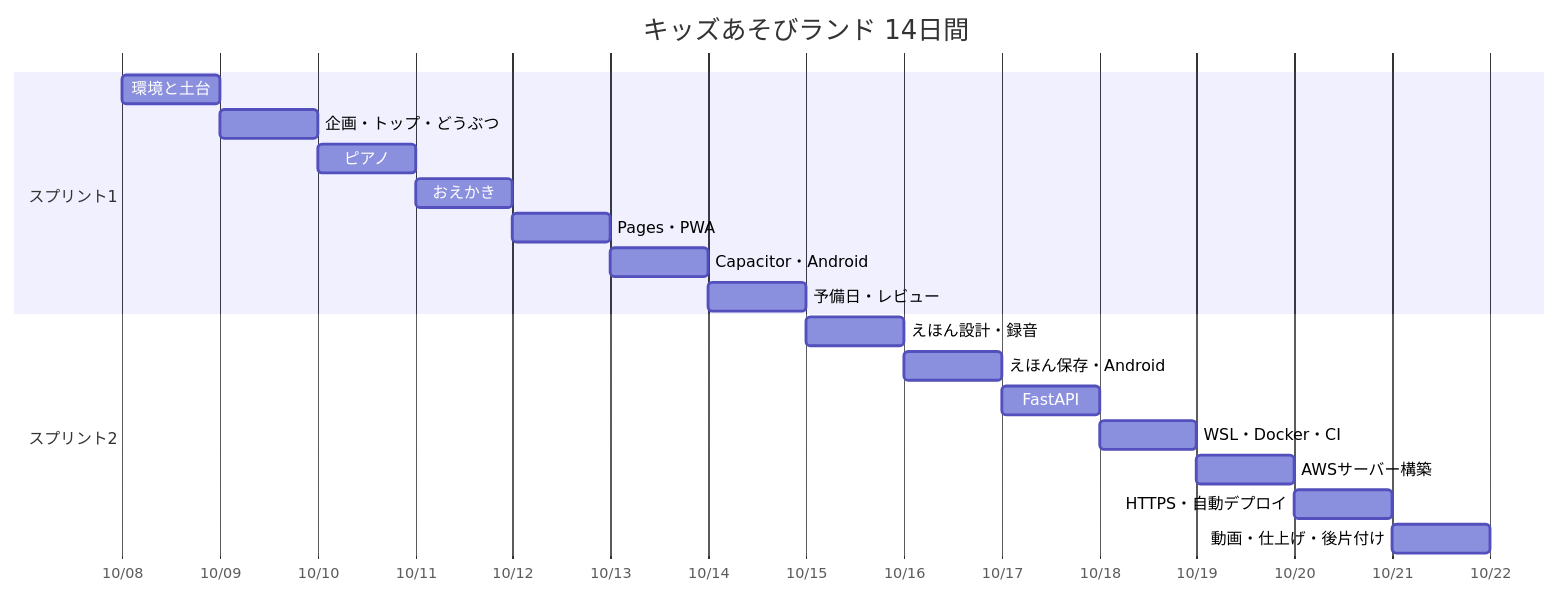
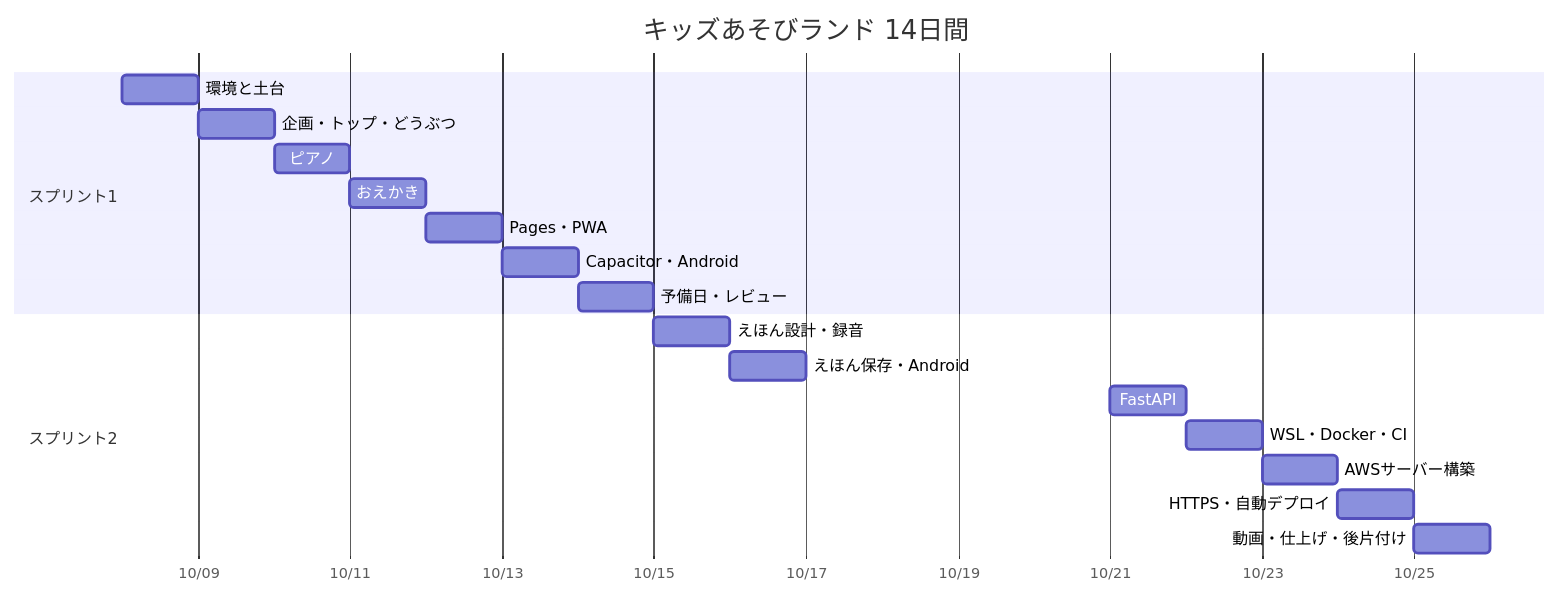
Before and after one commit to Hayato-F110/kids-play: the diagram in docs/plan.md, drawn with Mermaid. The commit also changed other lines of this file and 2 other files, not shown here.

````diff
--- a/docs/plan.md
+++ b/docs/plan.md
@@ -16,22 +17,22 @@
 ```mermaid
 gantt
     title キッズあそびランド 14日間
     dateFormat YYYY-MM-DD
     axisFormat %m/%d
     section スプリント1
     環境と土台            :d1, 2026-10-08, 1d
     企画・トップ・どうぶつ  :d2, after d1, 1d
     ピアノ                :d3, after d2, 1d
     おえかき              :d4, after d3, 1d
     Pages・PWA            :d5, after d4, 1d
     Capacitor・Android    :d6, after d5, 1d
     予備日・レビュー       :d7, after d6, 1d
     section スプリント2
     えほん設計・録音       :d8, after d7, 1d
     えほん保存・Android    :d9, after d8, 1d
-    FastAPI               :d10, after d9, 1d
+    FastAPI               :d10, 2026-10-21, 1d
     WSL・Docker・CI       :d11, after d10, 1d
     AWSサーバー構築        :d12, after d11, 1d
     HTTPS・自動デプロイ    :d13, after d12, 1d
     動画・仕上げ・後片付け  :d14, after d13, 1d
 ```
````
